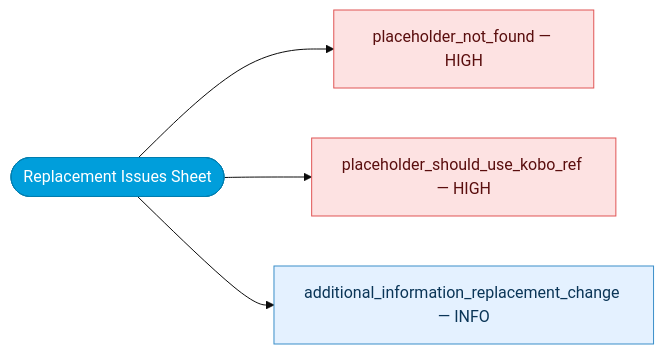
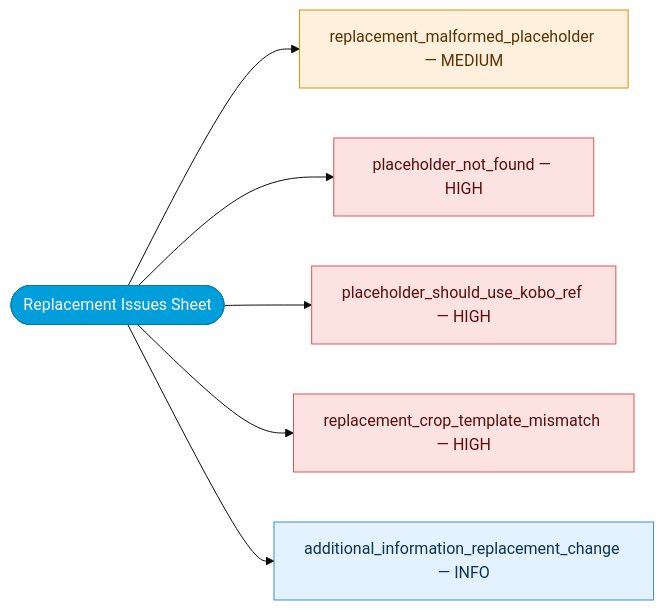
One commit to edoardoforzano1/DIEM_Questionnaire_Validation changed the sixth of 10 diagrams in docs/workflow/kobo-logic.md. Above: the diagram before and after it, drawn with Mermaid (base theme). The commit also changed other lines of this file and 5 other files, not shown here.

````diff
--- a/docs/workflow/kobo-logic.md
+++ b/docs/workflow/kobo-logic.md
@@ -320,12 +362,16 @@
 ```mermaid
 flowchart LR
     R(["Replacement Issues Sheet"])
+    R --> Z["replacement_malformed_placeholder — MEDIUM"]
     R --> A["placeholder_not_found — HIGH"]
     R --> B["placeholder_should_use_kobo_ref — HIGH"]
+    R --> D["replacement_crop_template_mismatch — HIGH"]
     R --> C["additional_information_replacement_change — INFO"]
 
     style R fill:#009edb,stroke:#007eaf,color:#fff
+    style Z fill:#fff0de,stroke:#e08c00,color:#5a3200
     style A fill:#fde2e2,stroke:#e05555,color:#5a0e0e
     style B fill:#fde2e2,stroke:#e05555,color:#5a0e0e
+    style D fill:#fde2e2,stroke:#e05555,color:#5a0e0e
     style C fill:#e4f1ff,stroke:#3a8ec9,color:#0a3557
 ```
````
